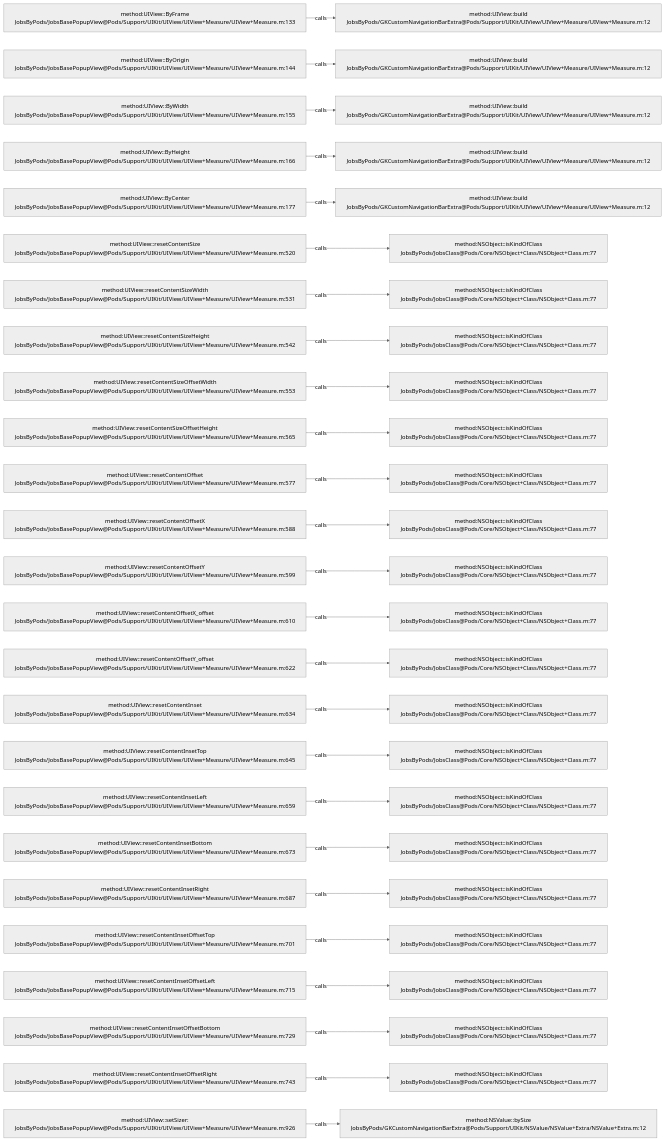
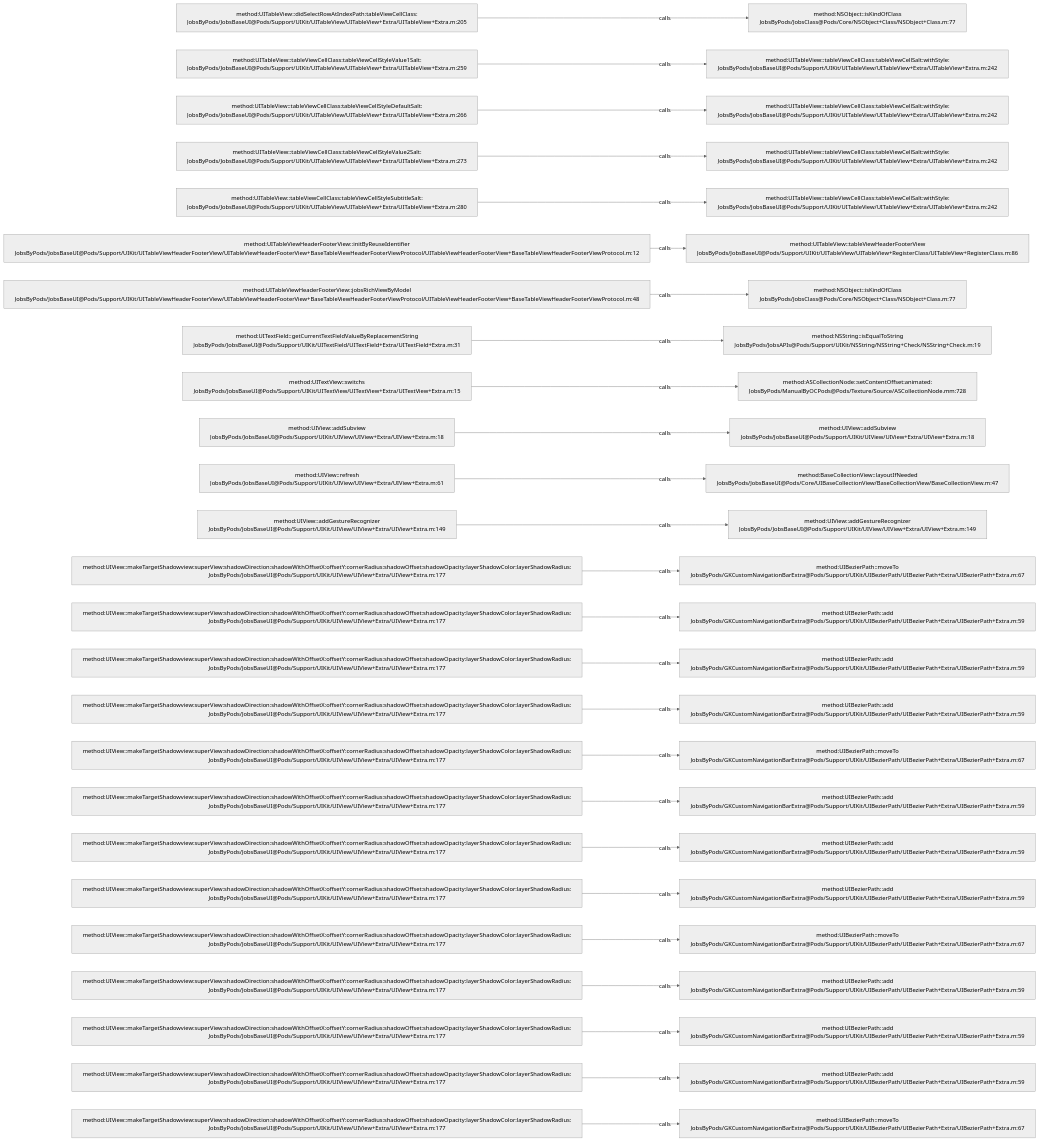
Before and after one commit to JobsKits/JobsOCBaseConfigDemo: the diagram in .codegraph/codegraph.md/graphs/calls-025.md, drawn with Mermaid (neutral theme). The commit also changed 573 other files, not shown here.

````diff
--- a/.codegraph/codegraph.md/graphs/calls-025.md
+++ b/.codegraph/codegraph.md/graphs/calls-025.md
@@ -13,78 +13,78 @@
 ```mermaid
 flowchart LR
-  S1["method:UIView::ByFrame<br/>JobsByPods/JobsBasePopupView@Pods/Support/UIKit/UIView/UIView+Measure/UIView+Measure.m:133"]
-  T1["method:UIView::build<br/>JobsByPods/GKCustomNavigationBarExtra@Pods/Support/UIKit/UIView/UIView+Measure/UIView+Measure.m:12"]
+  S1["method:UITableView::didSelectRowAtIndexPath:tableViewCellClass:<br/>JobsByPods/JobsBaseUI@Pods/Support/UIKit/UITableView/UITableView+Extra/UITableView+Extra.m:205"]
+  T1["method:NSObject::isKindOfClass<br/>JobsByPods/JobsClass@Pods/Core/NSObject+Class/NSObject+Class.m:77"]
   S1 -->|calls| T1
-  S2["method:UIView::ByOrigin<br/>JobsByPods/JobsBasePopupView@Pods/Support/UIKit/UIView/UIView+Measure/UIView+Measure.m:144"]
-  T2["method:UIView::build<br/>JobsByPods/GKCustomNavigationBarExtra@Pods/Support/UIKit/UIView/UIView+Measure/UIView+Measure.m:12"]
+  S2["method:UITableView::tableViewCellClass:tableViewCellStyleValue1Salt:<br/>JobsByPods/JobsBaseUI@Pods/Support/UIKit/UITableView/UITableView+Extra/UITableView+Extra.m:259"]
+  T2["method:UITableView::tableViewCellClass:tableViewCellSalt:withStyle:<br/>JobsByPods/JobsBaseUI@Pods/Support/UIKit/UITableView/UITableView+Extra/UITableView+Extra.m:242"]
   S2 -->|calls| T2
-  S3["method:UIView::ByWidth<br/>JobsByPods/JobsBasePopupView@Pods/Support/UIKit/UIView/UIView+Measure/UIView+Measure.m:155"]
-  T3["method:UIView::build<br/>JobsByPods/GKCustomNavigationBarExtra@Pods/Support/UIKit/UIView/UIView+Measure/UIView+Measure.m:12"]
+  S3["method:UITableView::tableViewCellClass:tableViewCellStyleDefaultSalt:<br/>JobsByPods/JobsBaseUI@Pods/Support/UIKit/UITableView/UITableView+Extra/UITableView+Extra.m:266"]
+  T3["method:UITableView::tableViewCellClass:tableViewCellSalt:withStyle:<br/>JobsByPods/JobsBaseUI@Pods/Support/UIKit/UITableView/UITableView+Extra/UITableView+Extra.m:242"]
   S3 -->|calls| T3
-  S4["method:UIView::ByHeight<br/>JobsByPods/JobsBasePopupView@Pods/Support/UIKit/UIView/UIView+Measure/UIView+Measure.m:166"]
-  T4["method:UIView::build<br/>JobsByPods/GKCustomNavigationBarExtra@Pods/Support/UIKit/UIView/UIView+Measure/UIView+Measure.m:12"]
+  S4["method:UITableView::tableViewCellClass:tableViewCellStyleValue2Salt:<br/>JobsByPods/JobsBaseUI@Pods/Support/UIKit/UITableView/UITableView+Extra/UITableView+Extra.m:273"]
+  T4["method:UITableView::tableViewCellClass:tableViewCellSalt:withStyle:<br/>JobsByPods/JobsBaseUI@Pods/Support/UIKit/UITableView/UITableView+Extra/UITableView+Extra.m:242"]
   S4 -->|calls| T4
-  S5["method:UIView::ByCenter<br/>JobsByPods/JobsBasePopupView@Pods/Support/UIKit/UIView/UIView+Measure/UIView+Measure.m:177"]
-  T5["method:UIView::build<br/>JobsByPods/GKCustomNavigationBarExtra@Pods/Support/UIKit/UIView/UIView+Measure/UIView+Measure.m:12"]
+  S5["method:UITableView::tableViewCellClass:tableViewCellStyleSubtitleSalt:<br/>JobsByPods/JobsBaseUI@Pods/Support/UIKit/UITableView/UITableView+Extra/UITableView+Extra.m:280"]
+  T5["method:UITableView::tableViewCellClass:tableViewCellSalt:withStyle:<br/>JobsByPods/JobsBaseUI@Pods/Support/UIKit/UITableView/UITableView+Extra/UITableView+Extra.m:242"]
   S5 -->|calls| T5
-  S6["method:UIView::resetContentSize<br/>JobsByPods/JobsBasePopupView@Pods/Support/UIKit/UIView/UIView+Measure/UIView+Measure.m:520"]
-  T6["method:NSObject::isKindOfClass<br/>JobsByPods/JobsClass@Pods/Core/NSObject+Class/NSObject+Class.m:77"]
+  S6["method:UITableViewHeaderFooterView::initByReuseIdentifier<br/>JobsByPods/JobsBaseUI@Pods/Support/UIKit/UITableViewHeaderFooterView/UITableViewHeaderFooterView+BaseTableViewHeaderFooterViewProtocol/UITableViewHeaderFooterView+BaseTableViewHeaderFooterViewProtocol.m:12"]
+  T6["method:UITableView::tableViewHeaderFooterView<br/>JobsByPods/JobsBaseUI@Pods/Support/UIKit/UITableView/UITableView+RegisterClass/UITableView+RegisterClass.m:86"]
   S6 -->|calls| T6
-  S7["method:UIView::resetContentSizeWidth<br/>JobsByPods/JobsBasePopupView@Pods/Support/UIKit/UIView/UIView+Measure/UIView+Measure.m:531"]
+  S7["method:UITableViewHeaderFooterView::jobsRichViewByModel<br/>JobsByPods/JobsBaseUI@Pods/Support/UIKit/UITableViewHeaderFooterView/UITableViewHeaderFooterView+BaseTableViewHeaderFooterViewProtocol/UITableViewHeaderFooterView+BaseTableViewHeaderFooterViewProtocol.m:48"]
   T7["method:NSObject::isKindOfClass<br/>JobsByPods/JobsClass@Pods/Core/NSObject+Class/NSObject+Class.m:77"]
   S7 -->|calls| T7
-  S8["method:UIView::resetContentSizeHeight<br/>JobsByPods/JobsBasePopupView@Pods/Support/UIKit/UIView/UIView+Measure/UIView+Measure.m:542"]
-  T8["method:NSObject::isKindOfClass<br/>JobsByPods/JobsClass@Pods/Core/NSObject+Class/NSObject+Class.m:77"]
+  S8["method:UITextField::getCurrentTextFieldValueByReplacementString<br/>JobsByPods/JobsBaseUI@Pods/Support/UIKit/UITextField/UITextField+Extra/UITextField+Extra.m:31"]
+  T8["method:NSString::isEqualToString<br/>JobsByPods/JobsAPIs@Pods/Support/UIKit/NSString/NSString+Check/NSString+Check.m:19"]
   S8 -->|calls| T8
-  S9["method:UIView::resetContentSizeOffsetWidth<br/>JobsByPods/JobsBasePopupView@Pods/Support/UIKit/UIView/UIView+Measure/UIView+Measure.m:553"]
-  T9["method:NSObject::isKindOfClass<br/>JobsByPods/JobsClass@Pods/Core/NSObject+Class/NSObject+Class.m:77"]
+  S9["method:UITextView::switchs<br/>JobsByPods/JobsBaseUI@Pods/Support/UIKit/UITextView/UITextView+Extra/UITextView+Extra.m:15"]
+  T9["method:ASCollectionNode::setContentOffset:animated:<br/>JobsByPods/ManualByOCPods@Pods/Texture/Source/ASCollectionNode.mm:728"]
   S9 -->|calls| T9
-  S10["method:UIView::resetContentSizeOffsetHeight<br/>JobsByPods/JobsBasePopupView@Pods/Support/UIKit/UIView/UIView+Measure/UIView+Measure.m:565"]
-  T10["method:NSObject::isKindOfClass<br/>JobsByPods/JobsClass@Pods/Core/NSObject+Class/NSObject+Class.m:77"]
+  S10["method:UIView::addSubview<br/>JobsByPods/JobsBaseUI@Pods/Support/UIKit/UIView/UIView+Extra/UIView+Extra.m:18"]
+  T10["method:UIView::addSubview<br/>JobsByPods/JobsBaseUI@Pods/Support/UIKit/UIView/UIView+Extra/UIView+Extra.m:18"]
   S10 -->|calls| T10
-  S11["method:UIView::resetContentOffset<br/>JobsByPods/JobsBasePopupView@Pods/Support/UIKit/UIView/UIView+Measure/UIView+Measure.m:577"]
-  T11["method:NSObject::isKindOfClass<br/>JobsByPods/JobsClass@Pods/Core/NSObject+Class/NSObject+Class.m:77"]
+  S11["method:UIView::refresh<br/>JobsByPods/JobsBaseUI@Pods/Support/UIKit/UIView/UIView+Extra/UIView+Extra.m:61"]
+  T11["method:BaseCollectionView::layoutIfNeeded<br/>JobsByPods/JobsBaseUI@Pods/Core/UIBaseCollectionView/BaseCollectionView/BaseCollectionView.m:47"]
   S11 -->|calls| T11
-  S12["method:UIView::resetContentOffsetX<br/>JobsByPods/JobsBasePopupView@Pods/Support/UIKit/UIView/UIView+Measure/UIView+Measure.m:588"]
-  T12["method:NSObject::isKindOfClass<br/>JobsByPods/JobsClass@Pods/Core/NSObject+Class/NSObject+Class.m:77"]
+  S12["method:UIView::addGestureRecognizer<br/>JobsByPods/JobsBaseUI@Pods/Support/UIKit/UIView/UIView+Extra/UIView+Extra.m:149"]
+  T12["method:UIView::addGestureRecognizer<br/>JobsByPods/JobsBaseUI@Pods/Support/UIKit/UIView/UIView+Extra/UIView+Extra.m:149"]
   S12 -->|calls| T12
-  S13["method:UIView::resetContentOffsetY<br/>JobsByPods/JobsBasePopupView@Pods/Support/UIKit/UIView/UIView+Measure/UIView+Measure.m:599"]
-  T13["method:NSObject::isKindOfClass<br/>JobsByPods/JobsClass@Pods/Core/NSObject+Class/NSObject+Class.m:77"]
+  S13["method:UIView::makeTargetShadowview:superView:shadowDirection:shadowWithOffsetX:offsetY:cornerRadius:shadowOffset:shadowOpacity:layerShadowColor:layerShadowRadius:<br/>JobsByPods/JobsBaseUI@Pods/Support/UIKit/UIView/UIView+Extra/UIView+Extra.m:177"]
+  T13["method:UIBezierPath::moveTo<br/>JobsByPods/GKCustomNavigationBarExtra@Pods/Support/UIKit/UIBezierPath/UIBezierPath+Extra/UIBezierPath+Extra.m:67"]
   S13 -->|calls| T13
-  S14["method:UIView::resetContentOffsetX_offset<br/>JobsByPods/JobsBasePopupView@Pods/Support/UIKit/UIView/UIView+Measure/UIView+Measure.m:610"]
-  T14["method:NSObject::isKindOfClass<br/>JobsByPods/JobsClass@Pods/Core/NSObject+Class/NSObject+Class.m:77"]
+  S14["method:UIView::makeTargetShadowview:superView:shadowDirection:shadowWithOffsetX:offsetY:cornerRadius:shadowOffset:shadowOpacity:layerShadowColor:layerShadowRadius:<br/>JobsByPods/JobsBaseUI@Pods/Support/UIKit/UIView/UIView+Extra/UIView+Extra.m:177"]
+  T14["method:UIBezierPath::add<br/>JobsByPods/GKCustomNavigationBarExtra@Pods/Support/UIKit/UIBezierPath/UIBezierPath+Extra/UIBezierPath+Extra.m:59"]
   S14 -->|calls| T14
-  S15["method:UIView::resetContentOffsetY_offset<br/>JobsByPods/JobsBasePopupView@Pods/Support/UIKit/UIView/UIView+Measure/UIView+Measure.m:622"]
-  T15["method:NSObject::isKindOfClass<br/>JobsByPods/JobsClass@Pods/Core/NSObject+Class/NSObject+Class.m:77"]
+  S15["method:UIView::makeTargetShadowview:superView:shadowDirection:shadowWithOffsetX:offsetY:cornerRadius:shadowOffset:shadowOpacity:layerShadowColor:layerShadowRadius:<br/>JobsByPods/JobsBaseUI@Pods/Support/UIKit/UIView/UIView+Extra/UIView+Extra.m:177"]
+  T15["method:UIBezierPath::add<br/>JobsByPods/GKCustomNavigationBarExtra@Pods/Support/UIKit/UIBezierPath/UIBezierPath+Extra/UIBezierPath+Extra.m:59"]
   S15 -->|calls| T15
-  S16["method:UIView::resetContentInset<br/>JobsByPods/JobsBasePopupView@Pods/Support/UIKit/UIView/UIView+Measure/UIView+Measure.m:634"]
-  T16["method:NSObject::isKindOfClass<br/>JobsByPods/JobsClass@Pods/Core/NSObject+Class/NSObject+Class.m:77"]
+  S16["method:UIView::makeTargetShadowview:superView:shadowDirection:shadowWithOffsetX:offsetY:cornerRadius:shadowOffset:shadowOpacity:layerShadowColor:layerShadowRadius:<br/>JobsByPods/JobsBaseUI@Pods/Support/UIKit/UIView/UIView+Extra/UIView+Extra.m:177"]
+  T16["method:UIBezierPath::add<br/>JobsByPods/GKCustomNavigationBarExtra@Pods/Support/UIKit/UIBezierPath/UIBezierPath+Extra/UIBezierPath+Extra.m:59"]
   S16 -->|calls| T16
-  S17["method:UIView::resetContentInsetTop<br/>JobsByPods/JobsBasePopupView@Pods/Support/UIKit/UIView/UIView+Measure/UIView+Measure.m:645"]
-  T17["method:NSObject::isKindOfClass<br/>JobsByPods/JobsClass@Pods/Core/NSObject+Class/NSObject+Class.m:77"]
+  S17["method:UIView::makeTargetShadowview:superView:shadowDirection:shadowWithOffsetX:offsetY:cornerRadius:shadowOffset:shadowOpacity:layerShadowColor:layerShadowRadius:<br/>JobsByPods/JobsBaseUI@Pods/Support/UIKit/UIView/UIView+Extra/UIView+Extra.m:177"]
+  T17["method:UIBezierPath::moveTo<br/>JobsByPods/GKCustomNavigationBarExtra@Pods/Support/UIKit/UIBezierPath/UIBezierPath+Extra/UIBezierPath+Extra.m:67"]
   S17 -->|calls| T17
-  S18["method:UIView::resetContentInsetLeft<br/>JobsByPods/JobsBasePopupView@Pods/Support/UIKit/UIView/UIView+Measure/UIView+Measure.m:659"]
-  T18["method:NSObject::isKindOfClass<br/>JobsByPods/JobsClass@Pods/Core/NSObject+Class/NSObject+Class.m:77"]
+  S18["method:UIView::makeTargetShadowview:superView:shadowDirection:shadowWithOffsetX:offsetY:cornerRadius:shadowOffset:shadowOpacity:layerShadowColor:layerShadowRadius:<br/>JobsByPods/JobsBaseUI@Pods/Support/UIKit/UIView/UIView+Extra/UIView+Extra.m:177"]
+  T18["method:UIBezierPath::add<br/>JobsByPods/GKCustomNavigationBarExtra@Pods/Support/UIKit/UIBezierPath/UIBezierPath+Extra/UIBezierPath+Extra.m:59"]
   S18 -->|calls| T18
-  S19["method:UIView::resetContentInsetBottom<br/>JobsByPods/JobsBasePopupView@Pods/Support/UIKit/UIView/UIView+Measure/UIView+Measure.m:673"]
-  T19["method:NSObject::isKindOfClass<br/>JobsByPods/JobsClass@Pods/Core/NSObject+Class/NSObject+Class.m:77"]
+  S19["method:UIView::makeTargetShadowview:superView:shadowDirection:shadowWithOffsetX:offsetY:cornerRadius:shadowOffset:shadowOpacity:layerShadowColor:layerShadowRadius:<br/>JobsByPods/JobsBaseUI@Pods/Support/UIKit/UIView/UIView+Extra/UIView+Extra.m:177"]
+  T19["method:UIBezierPath::add<br/>JobsByPods/GKCustomNavigationBarExtra@Pods/Support/UIKit/UIBezierPath/UIBezierPath+Extra/UIBezierPath+Extra.m:59"]
   S19 -->|calls| T19
-  S20["method:UIView::resetContentInsetRight<br/>JobsByPods/JobsBasePopupView@Pods/Support/UIKit/UIView/UIView+Measure/UIView+Measure.m:687"]
-  T20["method:NSObject::isKindOfClass<br/>JobsByPods/JobsClass@Pods/Core/NSObject+Class/NSObject+Class.m:77"]
+  S20["method:UIView::makeTargetShadowview:superView:shadowDirection:shadowWithOffsetX:offsetY:cornerRadius:shadowOffset:shadowOpacity:layerShadowColor:layerShadowRadius:<br/>JobsByPods/JobsBaseUI@Pods/Support/UIKit/UIView/UIView+Extra/UIView+Extra.m:177"]
+  T20["method:UIBezierPath::add<br/>JobsByPods/GKCustomNavigationBarExtra@Pods/Support/UIKit/UIBezierPath/UIBezierPath+Extra/UIBezierPath+Extra.m:59"]
   S20 -->|calls| T20
-  S21["method:UIView::resetContentInsetOffsetTop<br/>JobsByPods/JobsBasePopupView@Pods/Support/UIKit/UIView/UIView+Measure/UIView+Measure.m:701"]
-  T21["method:NSObject::isKindOfClass<br/>JobsByPods/JobsClass@Pods/Core/NSObject+Class/NSObject+Class.m:77"]
+  S21["method:UIView::makeTargetShadowview:superView:shadowDirection:shadowWithOffsetX:offsetY:cornerRadius:shadowOffset:shadowOpacity:layerShadowColor:layerShadowRadius:<br/>JobsByPods/JobsBaseUI@Pods/Support/UIKit/UIView/UIView+Extra/UIView+Extra.m:177"]
+  T21["method:UIBezierPath::moveTo<br/>JobsByPods/GKCustomNavigationBarExtra@Pods/Support/UIKit/UIBezierPath/UIBezierPath+Extra/UIBezierPath+Extra.m:67"]
   S21 -->|calls| T21
-  S22["method:UIView::resetContentInsetOffsetLeft<br/>JobsByPods/JobsBasePopupView@Pods/Support/UIKit/UIView/UIView+Measure/UIView+Measure.m:715"]
-  T22["method:NSObject::isKindOfClass<br/>JobsByPods/JobsClass@Pods/Core/NSObject+Class/NSObject+Class.m:77"]
+  S22["method:UIView::makeTargetShadowview:superView:shadowDirection:shadowWithOffsetX:offsetY:cornerRadius:shadowOffset:shadowOpacity:layerShadowColor:layerShadowRadius:<br/>JobsByPods/JobsBaseUI@Pods/Support/UIKit/UIView/UIView+Extra/UIView+Extra.m:177"]
+  T22["method:UIBezierPath::add<br/>JobsByPods/GKCustomNavigationBarExtra@Pods/Support/UIKit/UIBezierPath/UIBezierPath+Extra/UIBezierPath+Extra.m:59"]
   S22 -->|calls| T22
-  S23["method:UIView::resetContentInsetOffsetBottom<br/>JobsByPods/JobsBasePopupView@Pods/Support/UIKit/UIView/UIView+Measure/UIView+Measure.m:729"]
-  T23["method:NSObject::isKindOfClass<br/>JobsByPods/JobsClass@Pods/Core/NSObject+Class/NSObject+Class.m:77"]
+  S23["method:UIView::makeTargetShadowview:superView:shadowDirection:shadowWithOffsetX:offsetY:cornerRadius:shadowOffset:shadowOpacity:layerShadowColor:layerShadowRadius:<br/>JobsByPods/JobsBaseUI@Pods/Support/UIKit/UIView/UIView+Extra/UIView+Extra.m:177"]
+  T23["method:UIBezierPath::add<br/>JobsByPods/GKCustomNavigationBarExtra@Pods/Support/UIKit/UIBezierPath/UIBezierPath+Extra/UIBezierPath+Extra.m:59"]
   S23 -->|calls| T23
-  S24["method:UIView::resetContentInsetOffsetRight<br/>JobsByPods/JobsBasePopupView@Pods/Support/UIKit/UIView/UIView+Measure/UIView+Measure.m:743"]
-  T24["method:NSObject::isKindOfClass<br/>JobsByPods/JobsClass@Pods/Core/NSObject+Class/NSObject+Class.m:77"]
+  S24["method:UIView::makeTargetShadowview:superView:shadowDirection:shadowWithOffsetX:offsetY:cornerRadius:shadowOffset:shadowOpacity:layerShadowColor:layerShadowRadius:<br/>JobsByPods/JobsBaseUI@Pods/Support/UIKit/UIView/UIView+Extra/UIView+Extra.m:177"]
+  T24["method:UIBezierPath::add<br/>JobsByPods/GKCustomNavigationBarExtra@Pods/Support/UIKit/UIBezierPath/UIBezierPath+Extra/UIBezierPath+Extra.m:59"]
   S24 -->|calls| T24
-  S25["method:UIView::setSizer:<br/>JobsByPods/JobsBasePopupView@Pods/Support/UIKit/UIView/UIView+Measure/UIView+Measure.m:926"]
-  T25["method:NSValue::bySize<br/>JobsByPods/GKCustomNavigationBarExtra@Pods/Support/UIKit/NSValue/NSValue+Extra/NSValue+Extra.m:12"]
+  S25["method:UIView::makeTargetShadowview:superView:shadowDirection:shadowWithOffsetX:offsetY:cornerRadius:shadowOffset:shadowOpacity:layerShadowColor:layerShadowRadius:<br/>JobsByPods/JobsBaseUI@Pods/Support/UIKit/UIView/UIView+Extra/UIView+Extra.m:177"]
+  T25["method:UIBezierPath::moveTo<br/>JobsByPods/GKCustomNavigationBarExtra@Pods/Support/UIKit/UIBezierPath/UIBezierPath+Extra/UIBezierPath+Extra.m:67"]
   S25 -->|calls| T25
 ```
````
